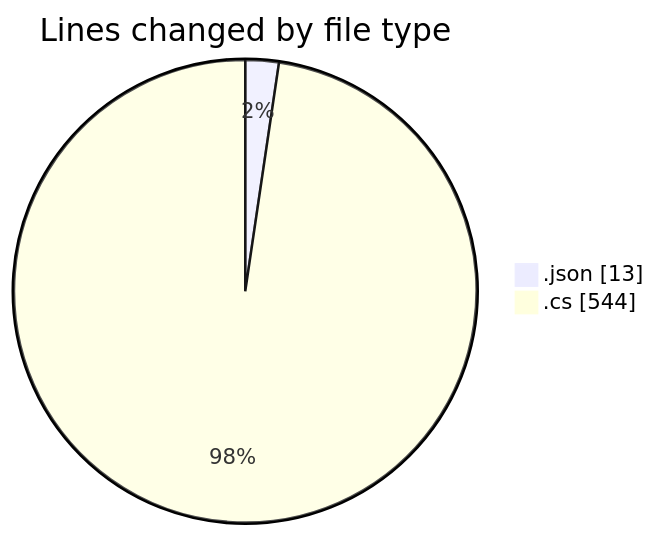
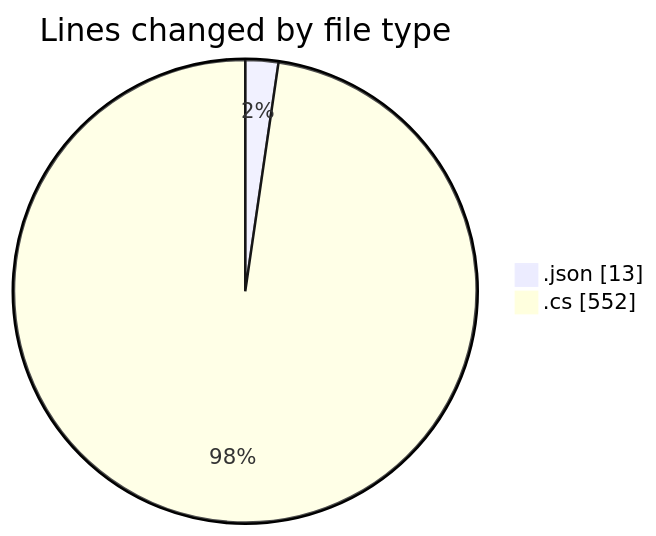
Before and after one commit to lephambinh05/code-tracking: the first of 2 diagrams in 2025-07-23/cnpm_th_ba/README.md, drawn with Mermaid. The commit also changed other lines of this file and 1 other file, not shown here.

````diff
--- a/2025-07-23/cnpm_th_ba/README.md
+++ b/2025-07-23/cnpm_th_ba/README.md
@@ -21,6 +21,6 @@
 ```mermaid
 pie showData
 title Lines changed by file type
 ".json" : 13
-".cs" : 544
+".cs" : 552
 ```
````
